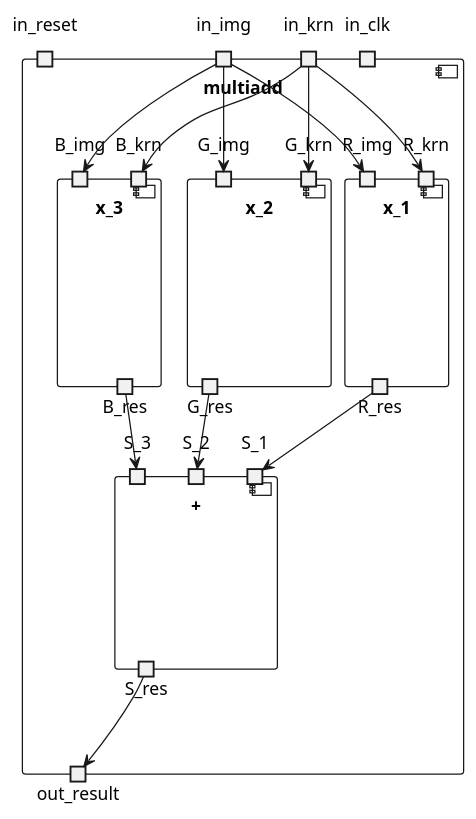
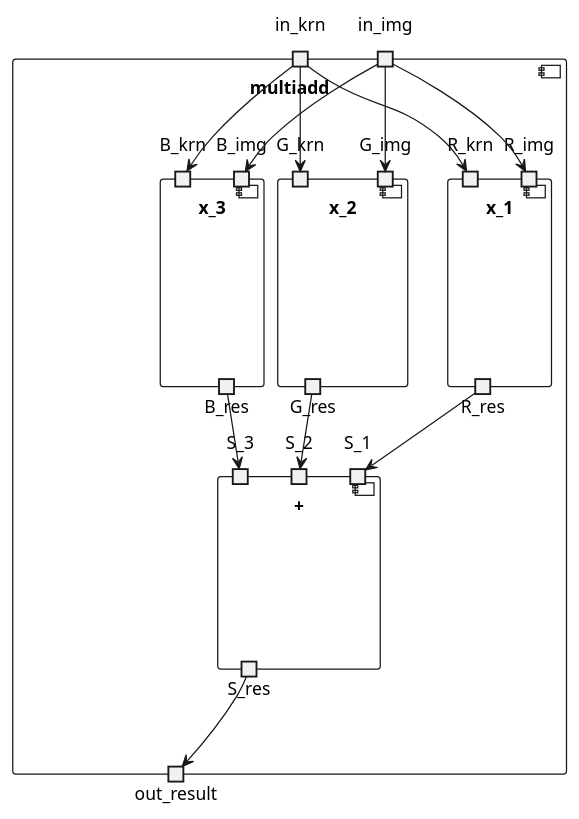
The first of 2 diagrams in A-Eye_FPGA/diagrams/archi_v2.plantuml (ngisedsysle/A-Eye), drawn with PlantUML before and after one commit. The commit also changed other lines of this file and 2 other files, not shown here.

```diff
--- a/A-Eye_FPGA/diagrams/archi_v2.plantuml
+++ b/A-Eye_FPGA/diagrams/archi_v2.plantuml
@@ -1,45 +1,42 @@
 @startuml multiadd
 component multiadd{
     portin in_img
     portin in_krn
-    portin in_clk
-    portin in_reset
 
     portout out_result
 
     component x_1{
         portin R_img
         portin R_krn
         portout R_res
     }
     in_img --> R_img
     in_krn --> R_krn
     component x_2{
         portin G_img
         portin G_krn
         portout G_res
     }
     in_img --> G_img
     in_krn --> G_krn
     component x_3{
         portin B_img
         portin B_krn
         portout B_res
     }
     in_img --> B_img
     in_krn --> B_krn
 
     component +{
         portin S_1
         portin S_2
         portin S_3
         portout S_res
     }
     R_res --> S_1
     G_res --> S_2
     B_res --> S_3
 
     S_res --> out_result
 }
-
 @enduml
```
